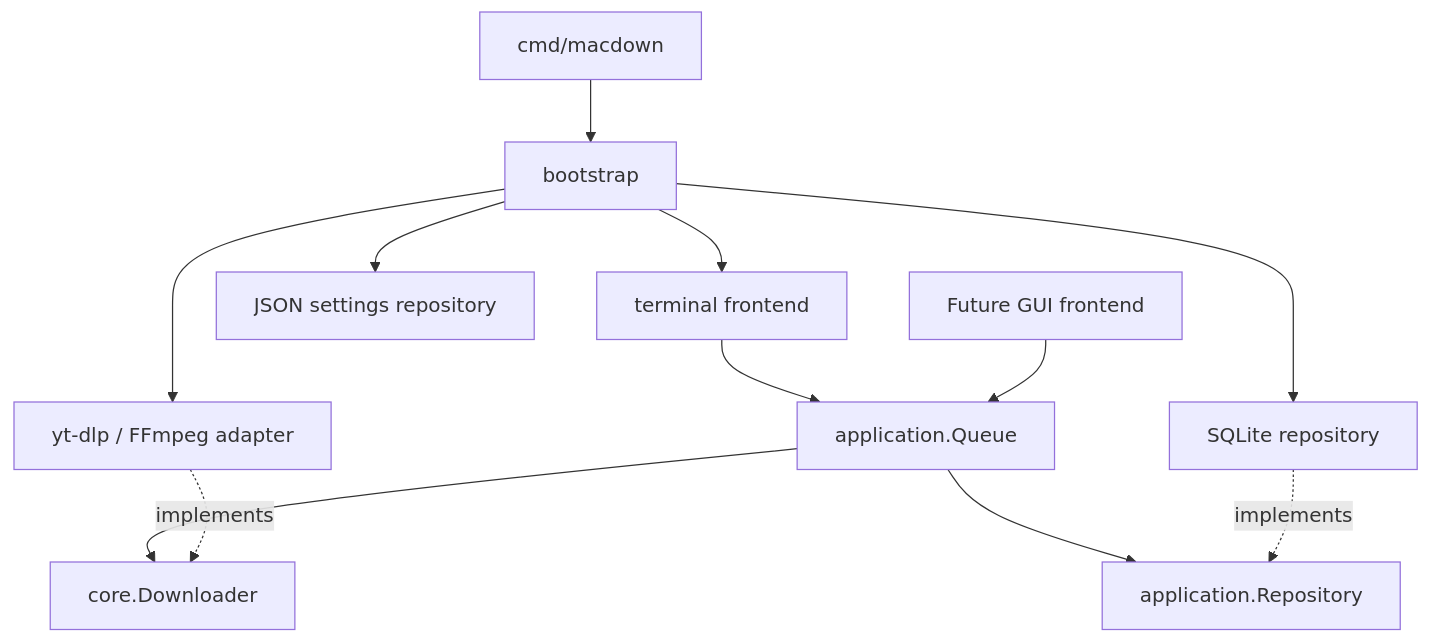
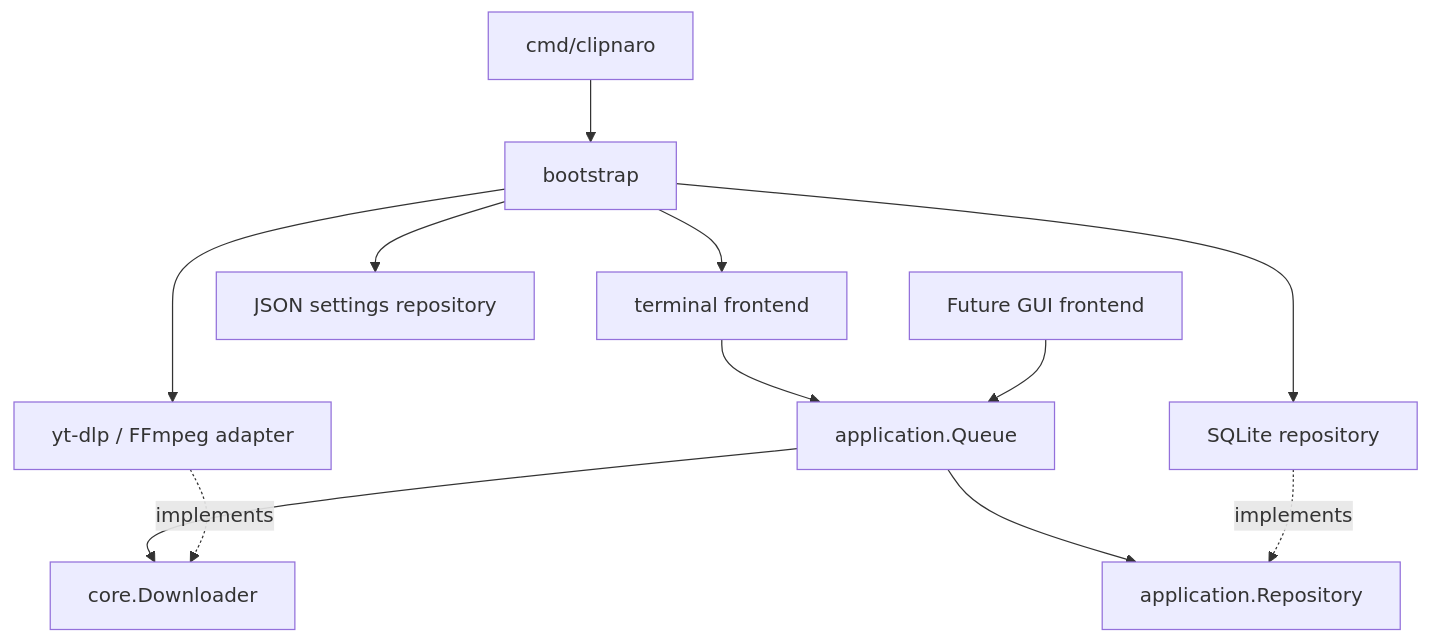
One commit to bfcamel/CamelClip changed the diagram in docs/architecture.md. Above: the diagram before and after it, drawn with Mermaid. The commit also changed other lines of this file and 40 other files, not shown here.

````diff
--- a/docs/architecture.md
+++ b/docs/architecture.md
@@ -5,14 +5,14 @@
 ```mermaid
 flowchart TD
-    Main[cmd/macdown] --> Wiring[bootstrap]
+    Main[cmd/clipnaro] --> Wiring[bootstrap]
     Wiring --> Terminal[terminal frontend]
     Wiring --> Backend[yt-dlp / FFmpeg adapter]
     Wiring --> DB[SQLite repository]
     Wiring --> Config[JSON settings repository]
     Terminal --> Queue[application.Queue]
     GUI[Future GUI frontend] --> Queue
     Queue --> Downloader[core.Downloader]
     Queue --> Repository[application.Repository]
     Backend -. implements .-> Downloader
     DB -. implements .-> Repository
 ```
````
